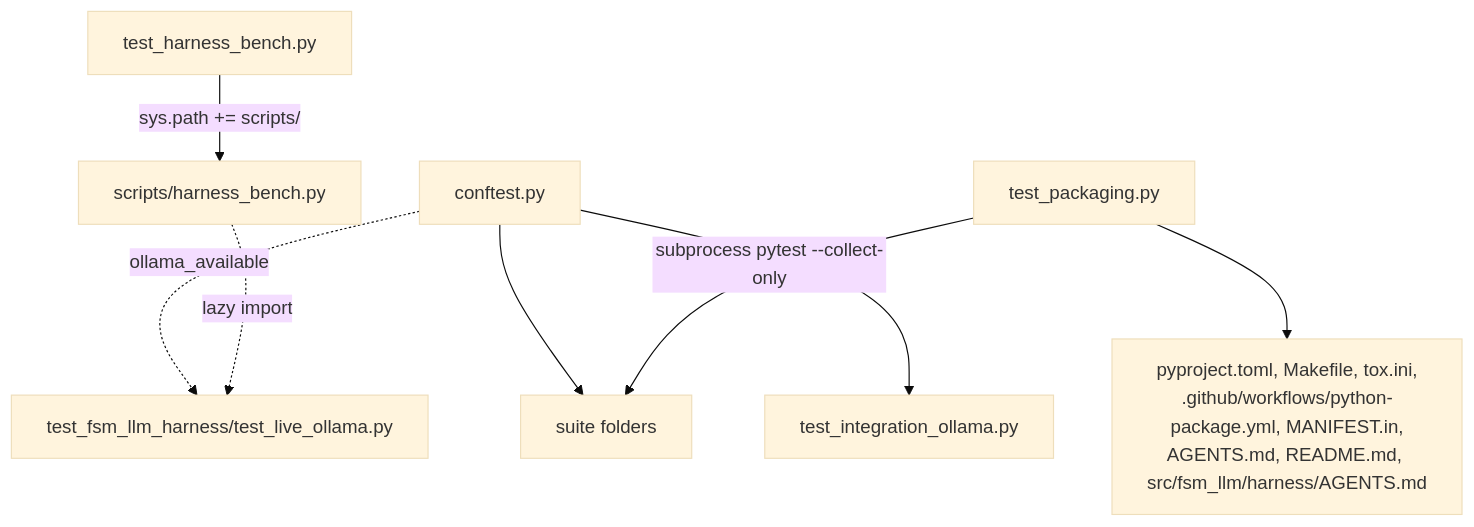
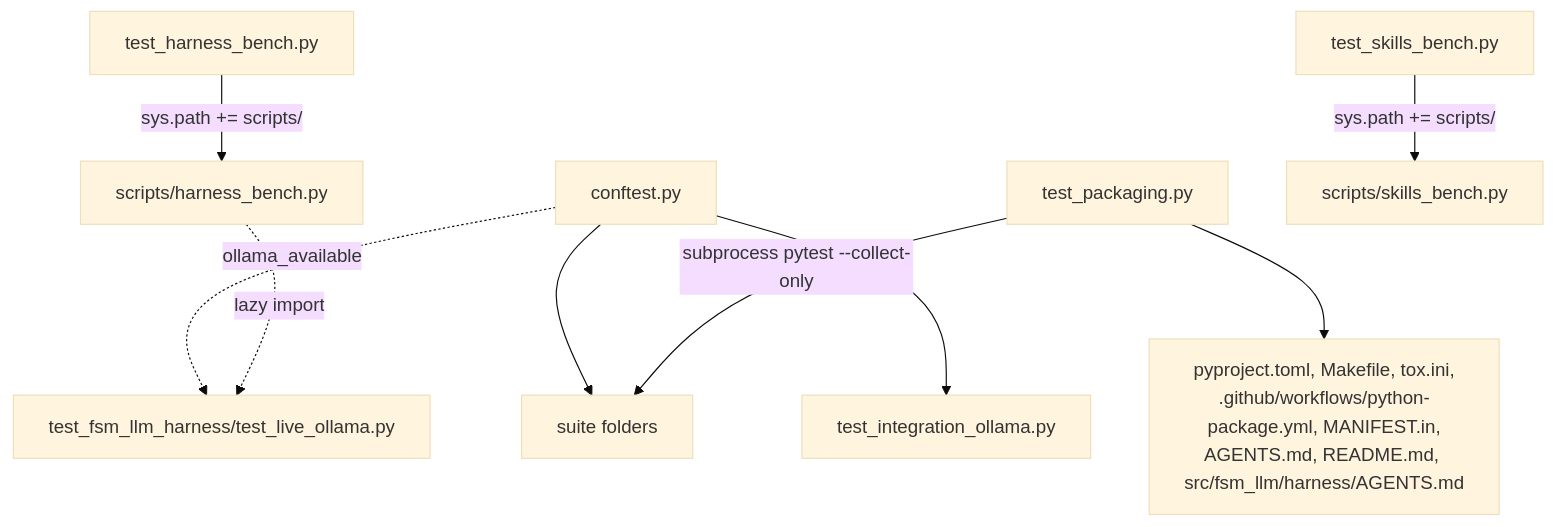
Before and after one commit to NikolasMarkou/fsm_llm: the diagram in tests/AGENTS.md, drawn with Mermaid (base theme). The commit also changed other lines of this file and 15 other files, not shown here.

````diff
--- a/tests/AGENTS.md
+++ b/tests/AGENTS.md
@@ -14,10 +14,11 @@
 ```mermaid
 flowchart TD
     conf[conftest.py] --> S[suite folders]
     conf --> io[test_integration_ollama.py]
     conf -. ollama_available .-> hl[test_fsm_llm_harness/test_live_ollama.py]
     pkg[test_packaging.py] -->|subprocess pytest --collect-only| S
     pkg --> files[pyproject.toml, Makefile, tox.ini,<br/>.github/workflows/python-package.yml, MANIFEST.in,<br/>AGENTS.md, README.md, src/fsm_llm/harness/AGENTS.md]
     thb[test_harness_bench.py] -->|sys.path += scripts/| hb[scripts/harness_bench.py]
+    tsb[test_skills_bench.py] -->|sys.path += scripts/| sb[scripts/skills_bench.py]
     hb -. lazy import .-> hl
 ```
````
